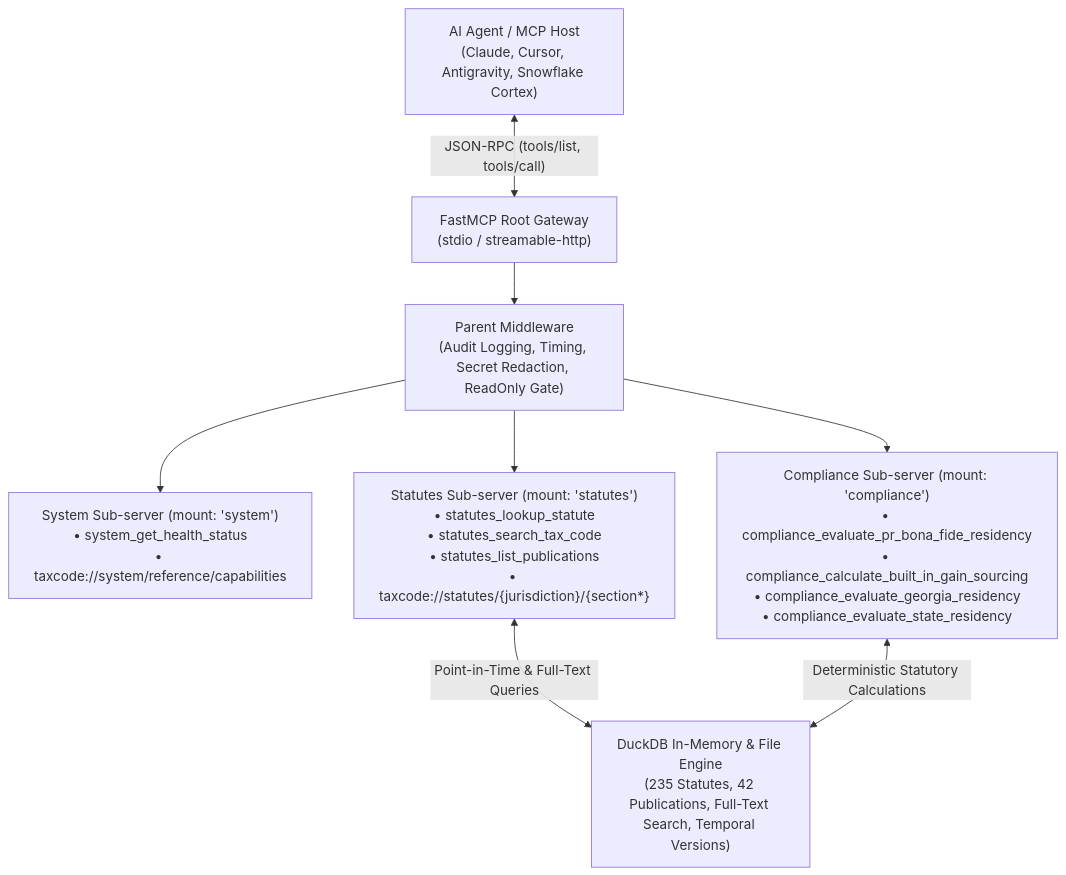
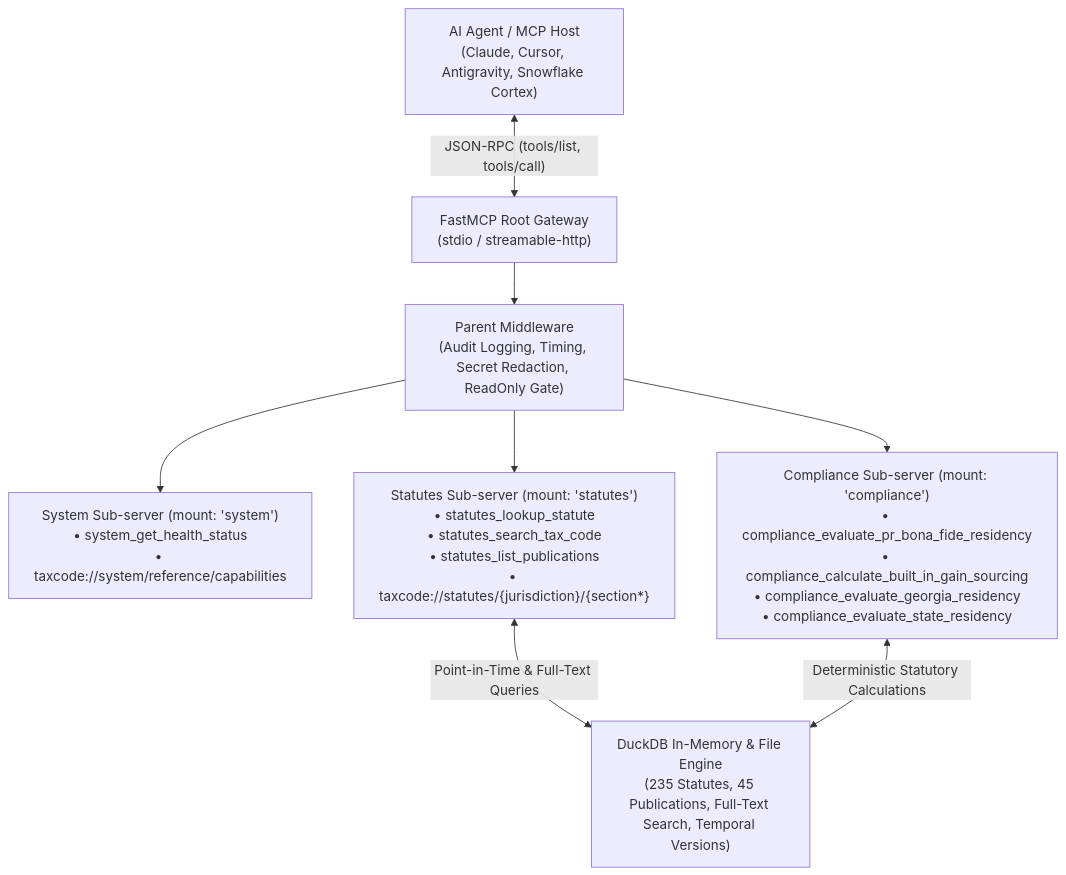
The diagram in README.md (christianclaudio/mcp-server-taxcode), drawn with Mermaid before and after one commit. The commit also changed other lines of this file and 22 other files, not shown here.

````diff
--- a/README.md
+++ b/README.md
@@ -22,18 +22,18 @@
 ```mermaid
 graph TD
     Client["AI Agent / MCP Host<br>(Claude, Cursor, Antigravity, Snowflake Cortex)"]
     Gateway["FastMCP Root Gateway<br>(stdio / streamable-http)"]
     ParentMW["Parent Middleware<br>(Audit Logging, Timing, Secret Redaction, ReadOnly Gate)"]
     SysSub["System Sub-server (mount: 'system')<br>• system_get_health_status<br>• taxcode://system/reference/capabilities"]
     StatSub["Statutes Sub-server (mount: 'statutes')<br>• statutes_lookup_statute<br>• statutes_search_tax_code<br>• statutes_list_publications<br>• taxcode://statutes/{jurisdiction}/{section*}"]
     CompSub["Compliance Sub-server (mount: 'compliance')<br>• compliance_evaluate_pr_bona_fide_residency<br>• compliance_calculate_built_in_gain_sourcing<br>• compliance_evaluate_georgia_residency<br>• compliance_evaluate_state_residency"]
-    DuckDB["DuckDB In-Memory & File Engine<br>(235 Statutes, 42 Publications, Full-Text Search, Temporal Versions)"]
+    DuckDB["DuckDB In-Memory & File Engine<br>(235 Statutes, 45 Publications, Full-Text Search, Temporal Versions)"]
 
     Client <-->|"JSON-RPC (tools/list, tools/call)"| Gateway
     Gateway --> ParentMW
     ParentMW --> SysSub
     ParentMW --> StatSub
     ParentMW --> CompSub
     StatSub <-->|"Point-in-Time & Full-Text Queries"| DuckDB
     CompSub <-->|"Deterministic Statutory Calculations"| DuckDB
 ```
````
